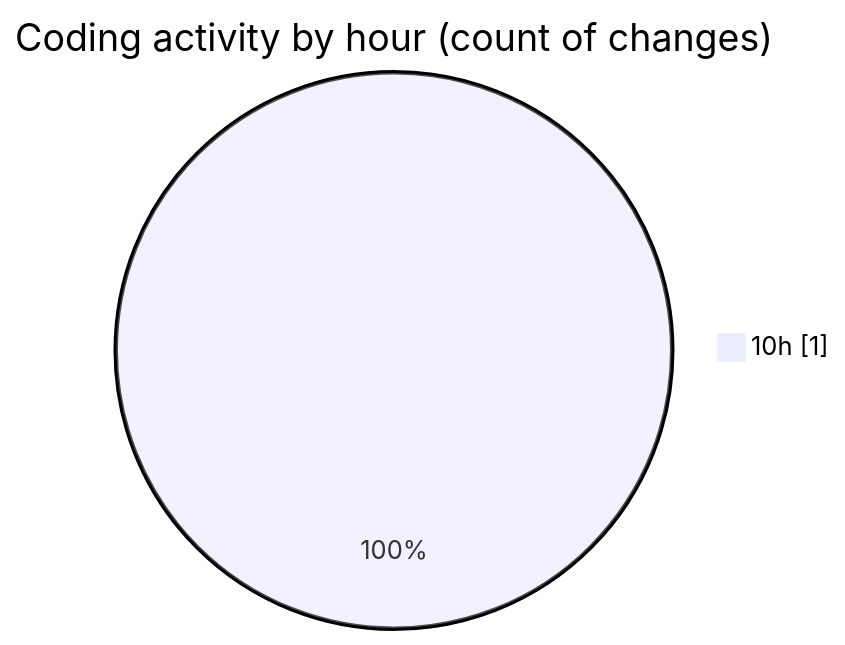
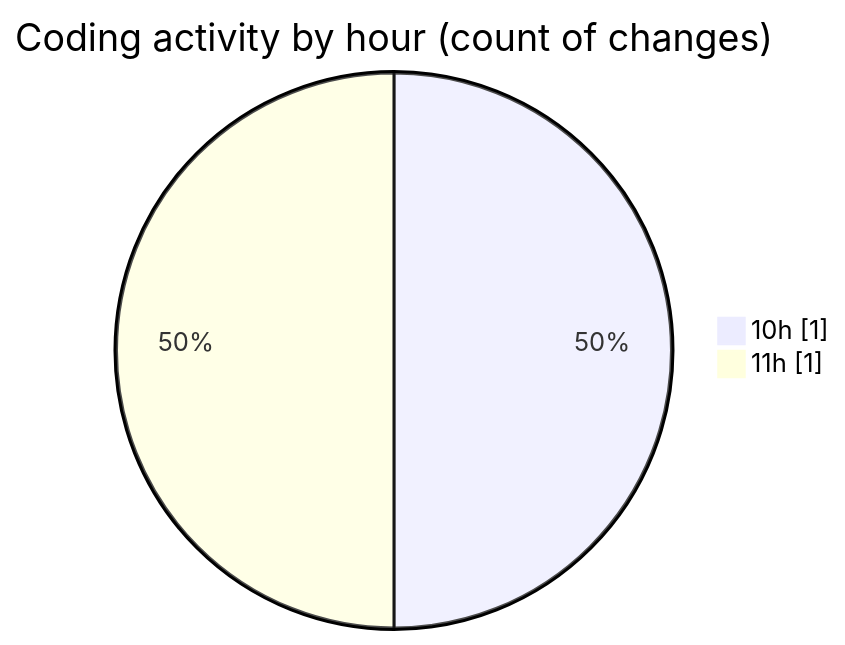
One commit to jcpc91/code-tracking changed the second of 2 diagrams in 2025-05-07/cancelacionsegurosvida/README.md. Above: the diagram before and after it, drawn with Mermaid. The commit also changed other lines of this file and 1 other file, not shown here.

````diff
--- a/2025-05-07/cancelacionsegurosvida/README.md
+++ b/2025-05-07/cancelacionsegurosvida/README.md
@@ -28,5 +30,6 @@
 ```mermaid
 pie showData
 title Coding activity by hour (count of changes)
 "10h" : 1
+"11h" : 1
 ```
````
